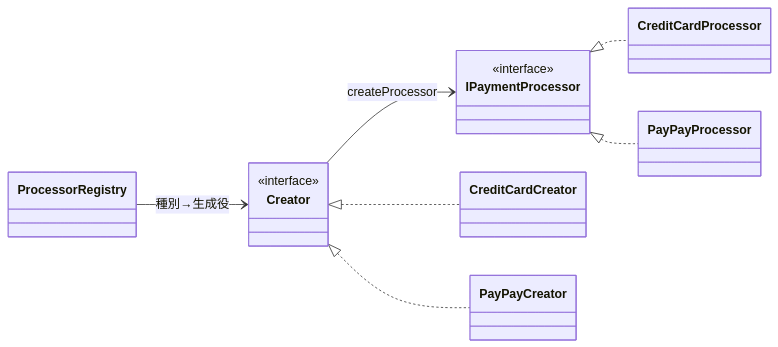
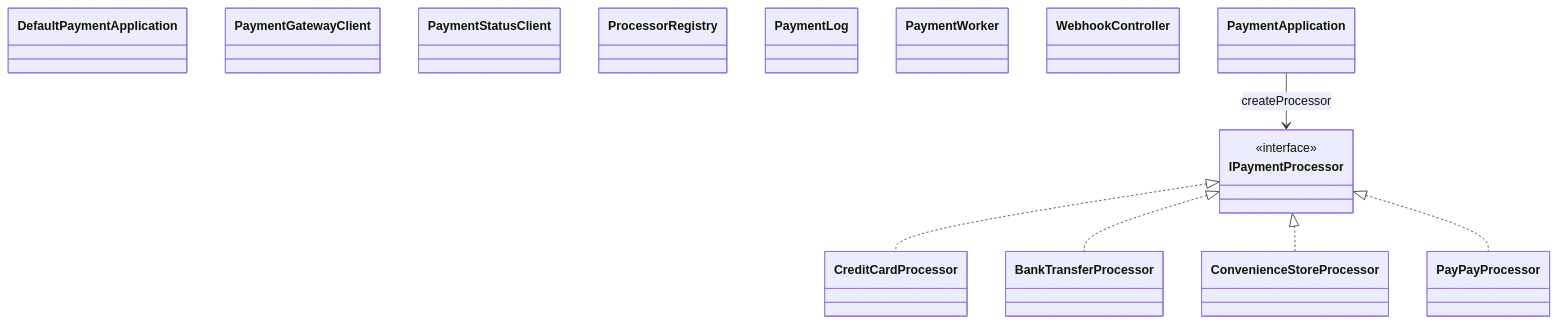
Before and after one commit to kumachan1101-pixel/DesignPattern: the eighth of 13 diagrams in kindle/design-patterns/output/chapter08.md, drawn with Mermaid. The commit also changed other lines of this file and 19 other files, not shown here.

````diff
--- a/kindle/design-patterns/output/chapter08.md
+++ b/kindle/design-patterns/output/chapter08.md
@@ -2442,12 +1979,21 @@
 ```mermaid
 classDiagram
-    direction LR
+    class DefaultPaymentApplication
+    class PaymentGatewayClient
+    class PaymentStatusClient
+    class ProcessorRegistry
+    class PaymentLog
+    class PaymentWorker
+    class WebhookController
+    class PaymentApplication
     class IPaymentProcessor { <<interface>> }
-    class Creator { <<interface>> }
-    ProcessorRegistry --> Creator : 種別→生成役
-    Creator --> IPaymentProcessor : createProcessor
+    class CreditCardProcessor
+    class BankTransferProcessor
+    class ConvenienceStoreProcessor
+    class PayPayProcessor
+    PaymentApplication --> IPaymentProcessor : createProcessor
     IPaymentProcessor <|.. CreditCardProcessor
+    IPaymentProcessor <|.. BankTransferProcessor
+    IPaymentProcessor <|.. ConvenienceStoreProcessor
     IPaymentProcessor <|.. PayPayProcessor
-    Creator <|.. CreditCardCreator
-    Creator <|.. PayPayCreator
 ```
````
